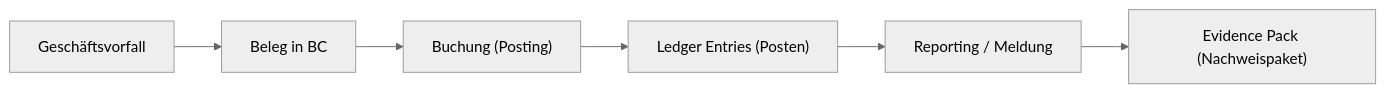
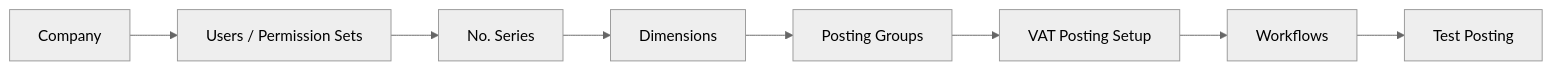
One commit to sivla/FiBu changed the second of 10 diagrams in FiBu_Buch_BC_Standardprozesse_DE_Master_Blueprint.md. Above: the diagram before and after it, drawn with Mermaid (neutral theme). The commit also changed other lines of this file and 2 other files, not shown here.

````diff
--- a/FiBu_Buch_BC_Standardprozesse_DE_Master_Blueprint.md
+++ b/FiBu_Buch_BC_Standardprozesse_DE_Master_Blueprint.md
@@ -64,8 +292,10 @@
 ```mermaid
 flowchart LR
-    A["Geschäftsvorfall"] --> B["Beleg in BC"]
-    B --> C["Buchung (Posting)"]
-    C --> D["Ledger Entries (Posten)"]
-    D --> E["Reporting / Meldung"]
-    E --> F["Evidence Pack (Nachweispaket)"]
+    A["Company"] --> B["Users / Permission Sets"]
+    B --> C["No. Series"]
+    C --> D["Dimensions"]
+    D --> E["Posting Groups"]
+    E --> F["VAT Posting Setup"]
+    F --> G["Workflows"]
+    G --> H["Test Posting"]
 ```
````
